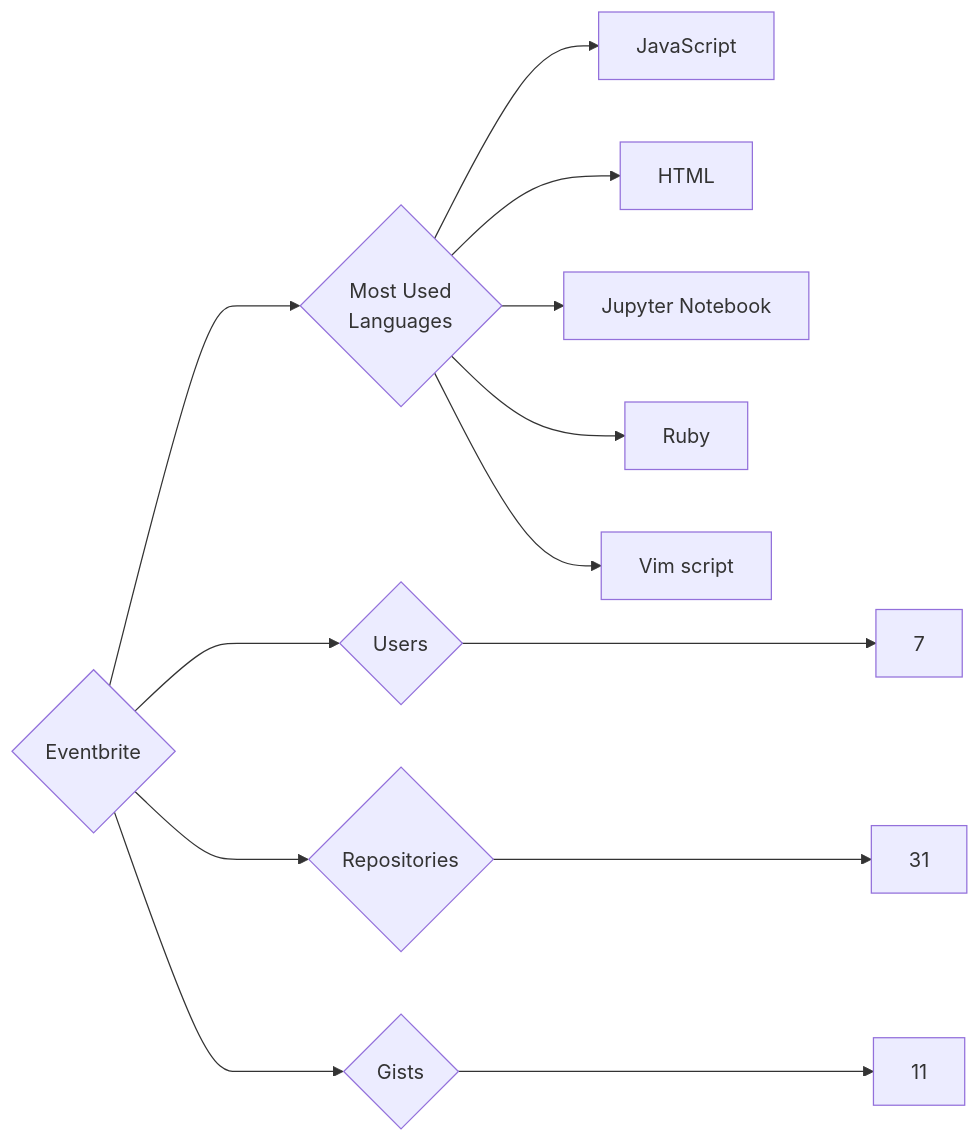
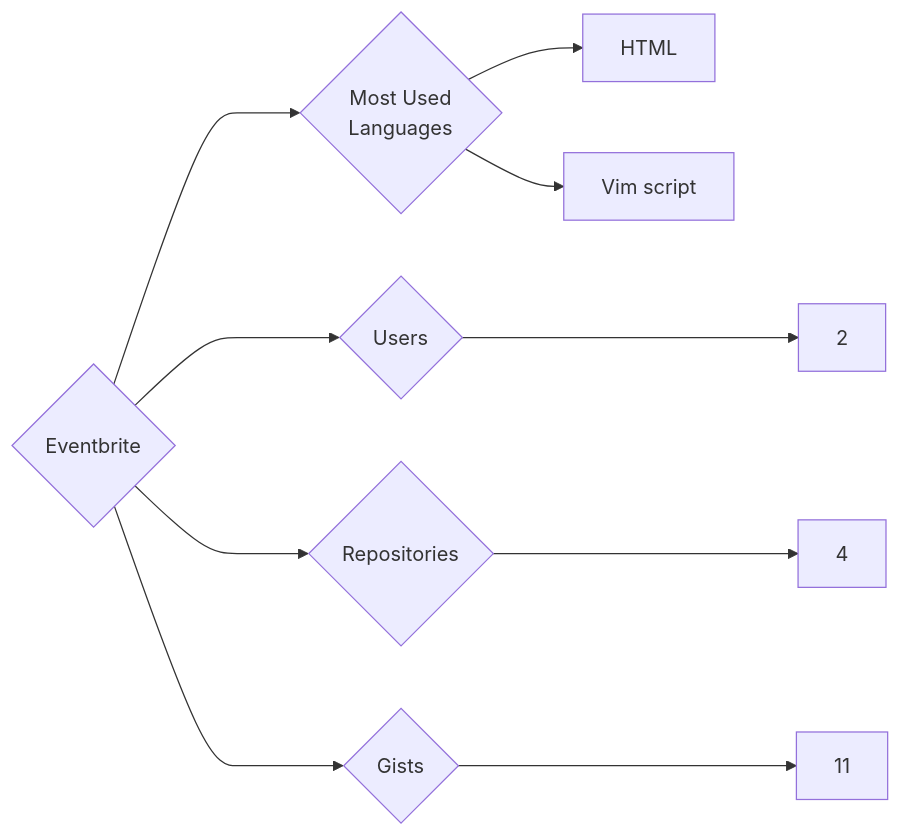
Before and after one commit to trickest/insiders: the diagram in targets/Eventbrite/README.md, drawn with Mermaid. The commit also changed 900 other files, not shown here.

````diff
--- a/targets/Eventbrite/README.md
+++ b/targets/Eventbrite/README.md
@@ -3,13 +3,10 @@
 ```mermaid
 graph LR
 COMPANY_NAME{Eventbrite}
-COMPANY_NAME ---> U{Users} ---> UN[7]
-COMPANY_NAME ---> R{Repositories} ---> RN[31]
+COMPANY_NAME ---> U{Users} ---> UN[2]
+COMPANY_NAME ---> R{Repositories} ---> RN[4]
 COMPANY_NAME ---> G{Gists} ---> GN[11]
 COMPANY_NAME ---> ML{Most Used<br>Languages}
-ML --> JavaScript[JavaScript]
 ML --> HTML[HTML]
-ML --> Jupyter_Notebook[Jupyter Notebook]
-ML --> Ruby[Ruby]
 ML --> Vim_script[Vim script]
 ```
````
